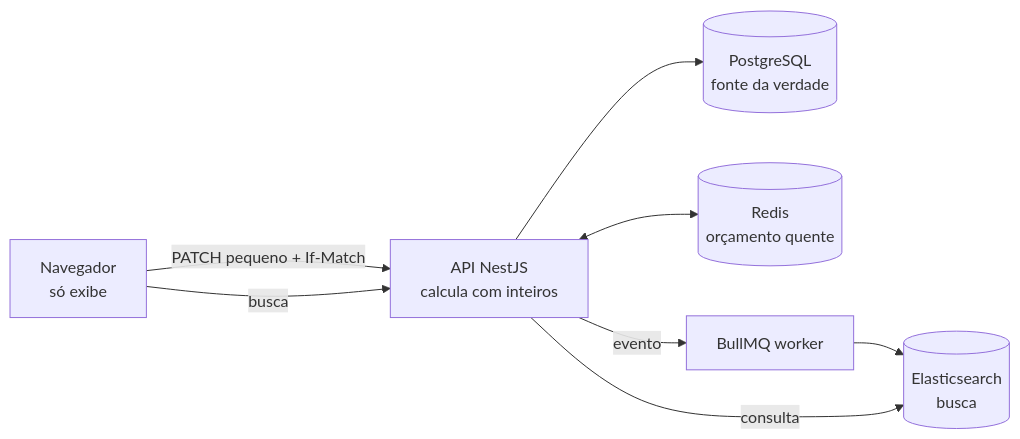
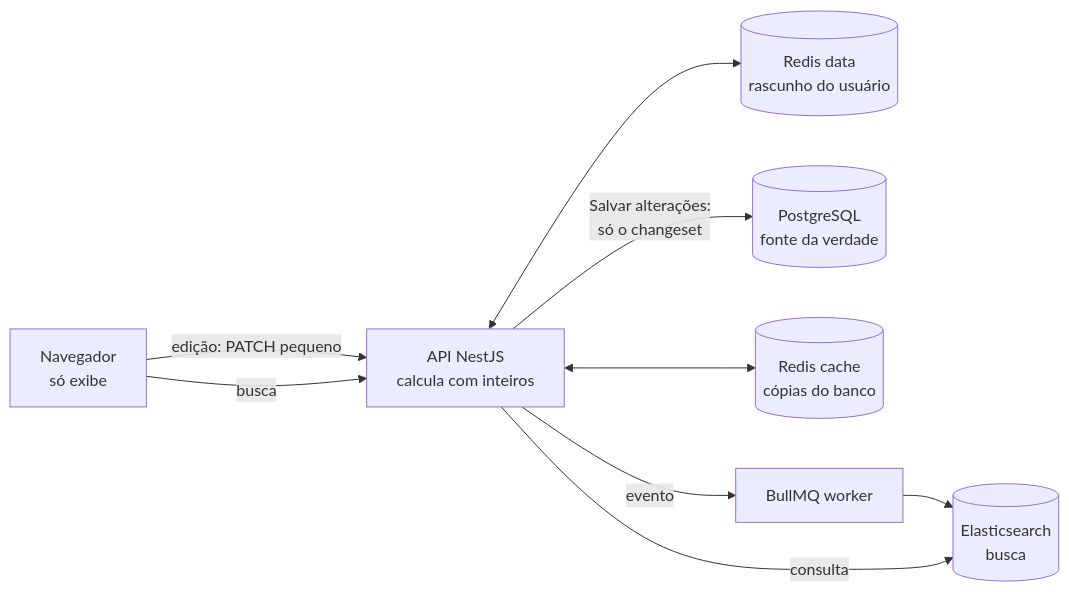
The second of 2 diagrams in README.md (PhrStyle/rework-budgets-system), drawn with Mermaid before and after one commit. The commit also changed other lines of this file and 6 other files, not shown here.

First line of the commit message:
chore(infra): serviços locais e rascunho de edição no Redis (#4)

````diff
--- a/README.md
+++ b/README.md
@@ -151,10 +154,11 @@
 ```mermaid
 flowchart LR
-  B[Navegador<br/>só exibe] -- "PATCH pequeno + If-Match" --> A[API NestJS<br/>calcula com inteiros]
-  A --> P[(PostgreSQL<br/>fonte da verdade)]
-  A <--> R[(Redis<br/>orçamento quente)]
+  B[Navegador<br/>só exibe] -- "edição: PATCH pequeno" --> A[API NestJS<br/>calcula com inteiros]
+  A <--> D[(Redis data<br/>rascunho do usuário)]
+  A -- "Salvar alterações:<br/>só o changeset" --> P[(PostgreSQL<br/>fonte da verdade)]
+  A <--> R[(Redis cache<br/>cópias do banco)]
   A -- evento --> Q[BullMQ worker]
   Q --> E[(Elasticsearch<br/>busca)]
   B -- "busca" --> A
   A -- "consulta" --> E
 ```
````
